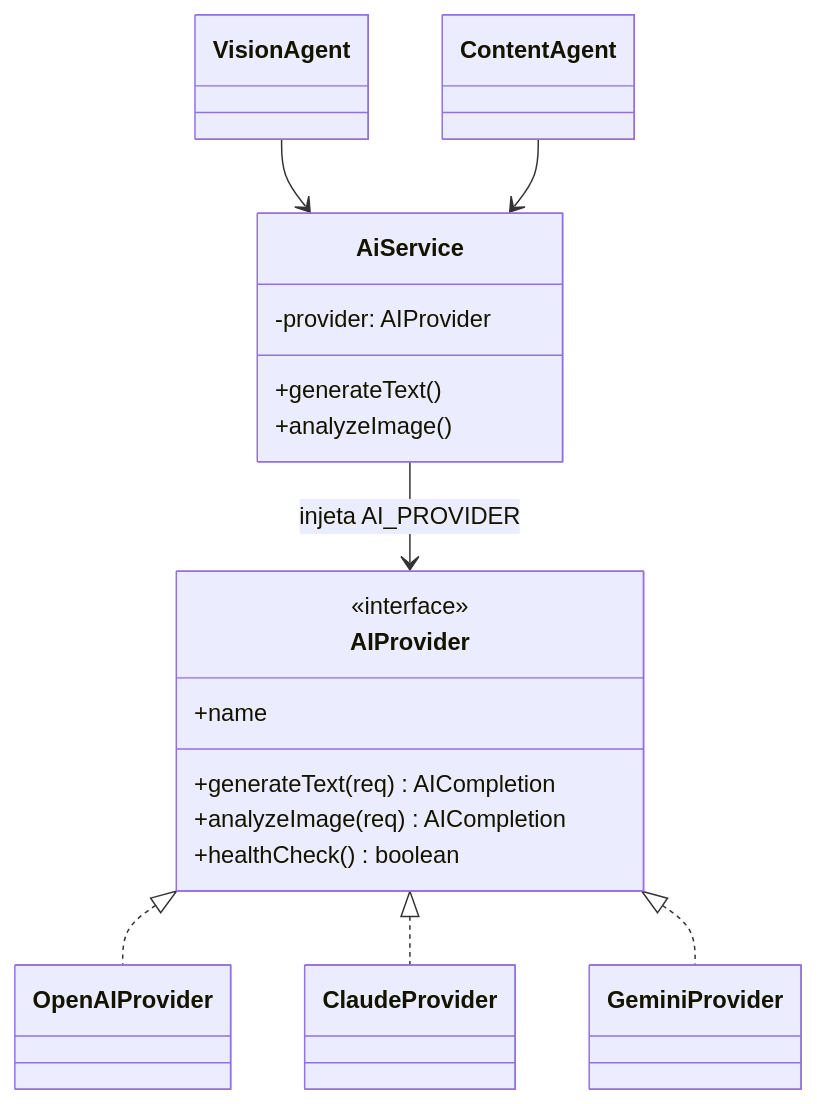
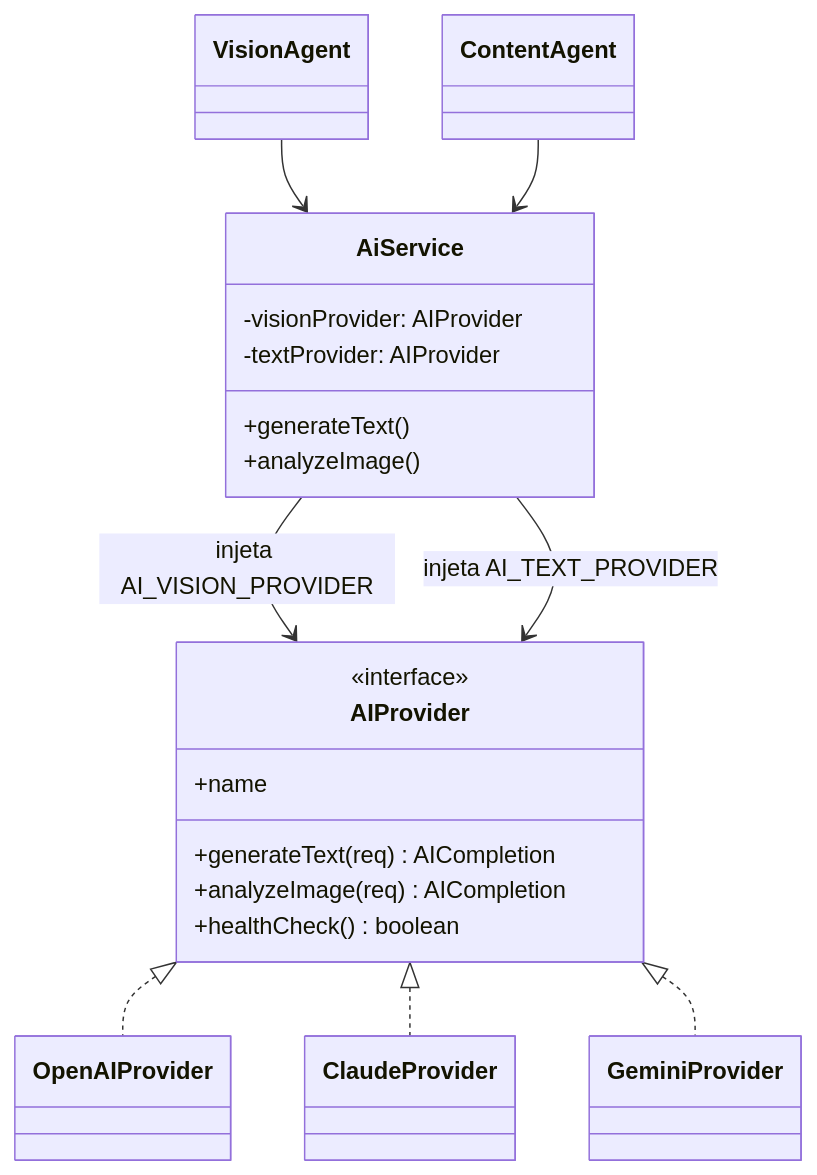
One commit to gutooz/tecno_plus changed the third of 5 diagrams in docs/ARCHITECTURE.md. Above: the diagram before and after it, drawn with Mermaid. The commit also changed other lines of this file and 49 other files, not shown here.

````diff
--- a/docs/ARCHITECTURE.md
+++ b/docs/ARCHITECTURE.md
@@ -70,21 +70,23 @@
 ```mermaid
 classDiagram
   class AIProvider {
     <<interface>>
     +name
     +generateText(req) AICompletion
     +analyzeImage(req) AICompletion
     +healthCheck() boolean
   }
   AIProvider <|.. OpenAIProvider
   AIProvider <|.. ClaudeProvider
   AIProvider <|.. GeminiProvider
   class AiService {
-    -provider: AIProvider
+    -visionProvider: AIProvider
+    -textProvider: AIProvider
     +generateText()
     +analyzeImage()
   }
-  AiService --> AIProvider : injeta AI_PROVIDER
+  AiService --> AIProvider : injeta AI_VISION_PROVIDER
+  AiService --> AIProvider : injeta AI_TEXT_PROVIDER
   VisionAgent --> AiService
   ContentAgent --> AiService
 ```
````
